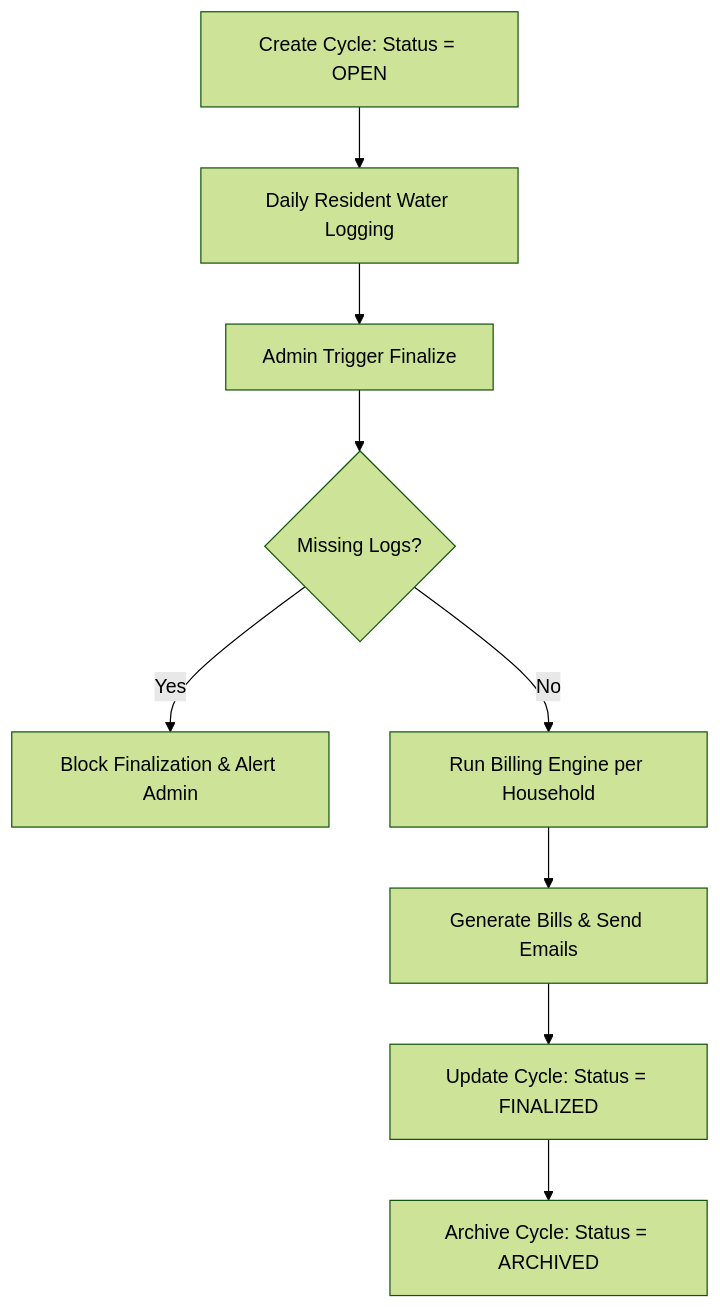
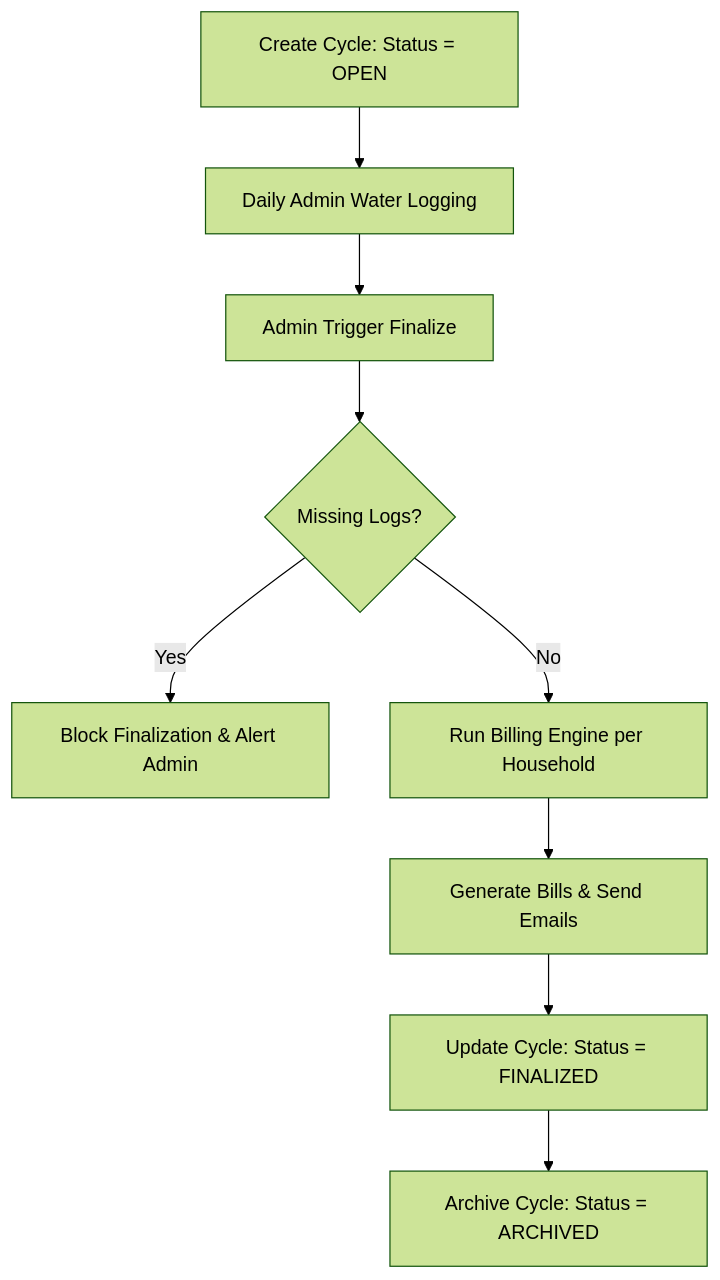
One commit to Deo-Mohan/AquaTrack changed the diagram in BILLING_CYCLE_GUIDE.md. Above: the diagram before and after it, drawn with Mermaid (forest theme). The commit also changed other lines of this file and 1 other file, not shown here.

Commit message:
Clarify that only admins can log water usage, not residents

````diff
--- a/BILLING_CYCLE_GUIDE.md
+++ b/BILLING_CYCLE_GUIDE.md
@@ -11,11 +11,11 @@
 ```mermaid
 graph TD
-    A[Create Cycle: Status = OPEN] --> B[Daily Resident Water Logging]
+    A[Create Cycle: Status = OPEN] --> B[Daily Admin Water Logging]
     B --> C[Admin Trigger Finalize]
     C --> D{Missing Logs?}
     D -- Yes --> E[Block Finalization & Alert Admin]
     D -- No --> F[Run Billing Engine per Household]
     F --> G[Generate Bills & Send Emails]
     G --> H[Update Cycle: Status = FINALIZED]
     H --> I[Archive Cycle: Status = ARCHIVED]
 ```
````
